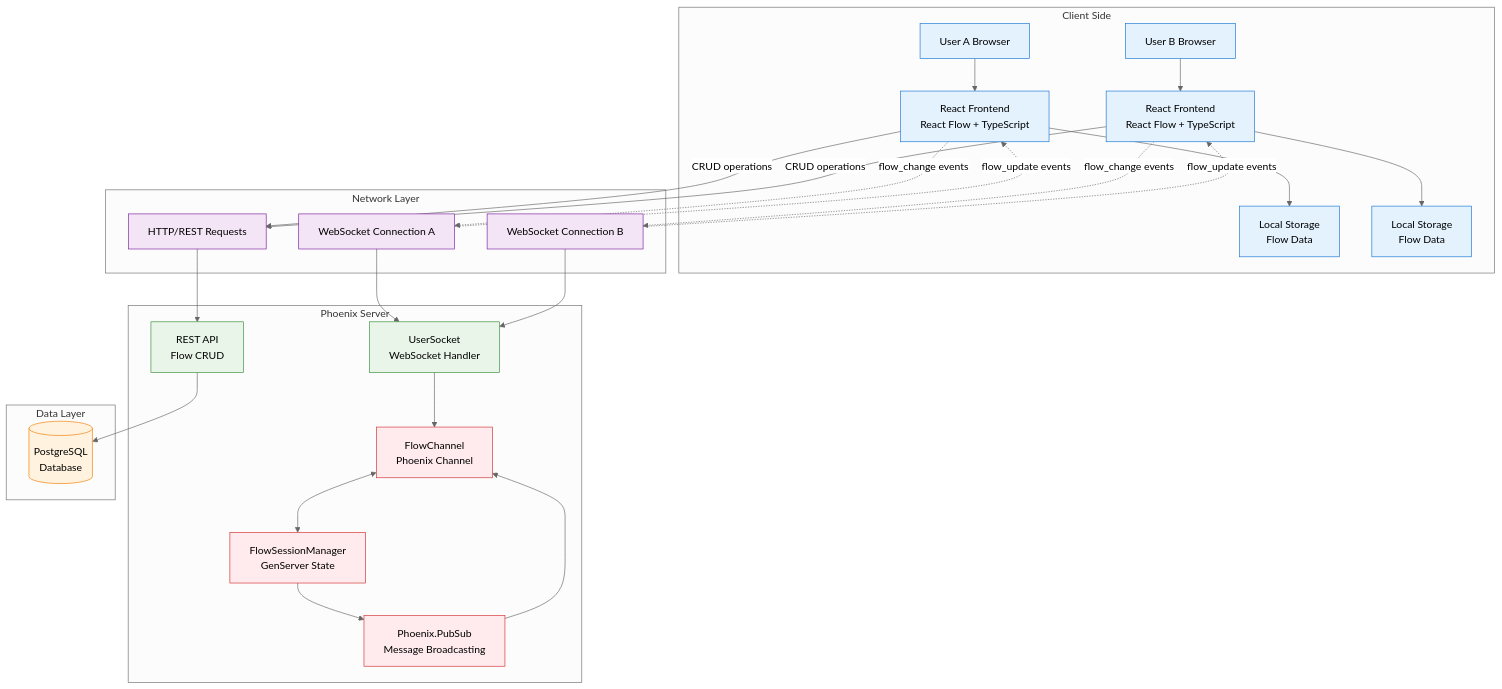
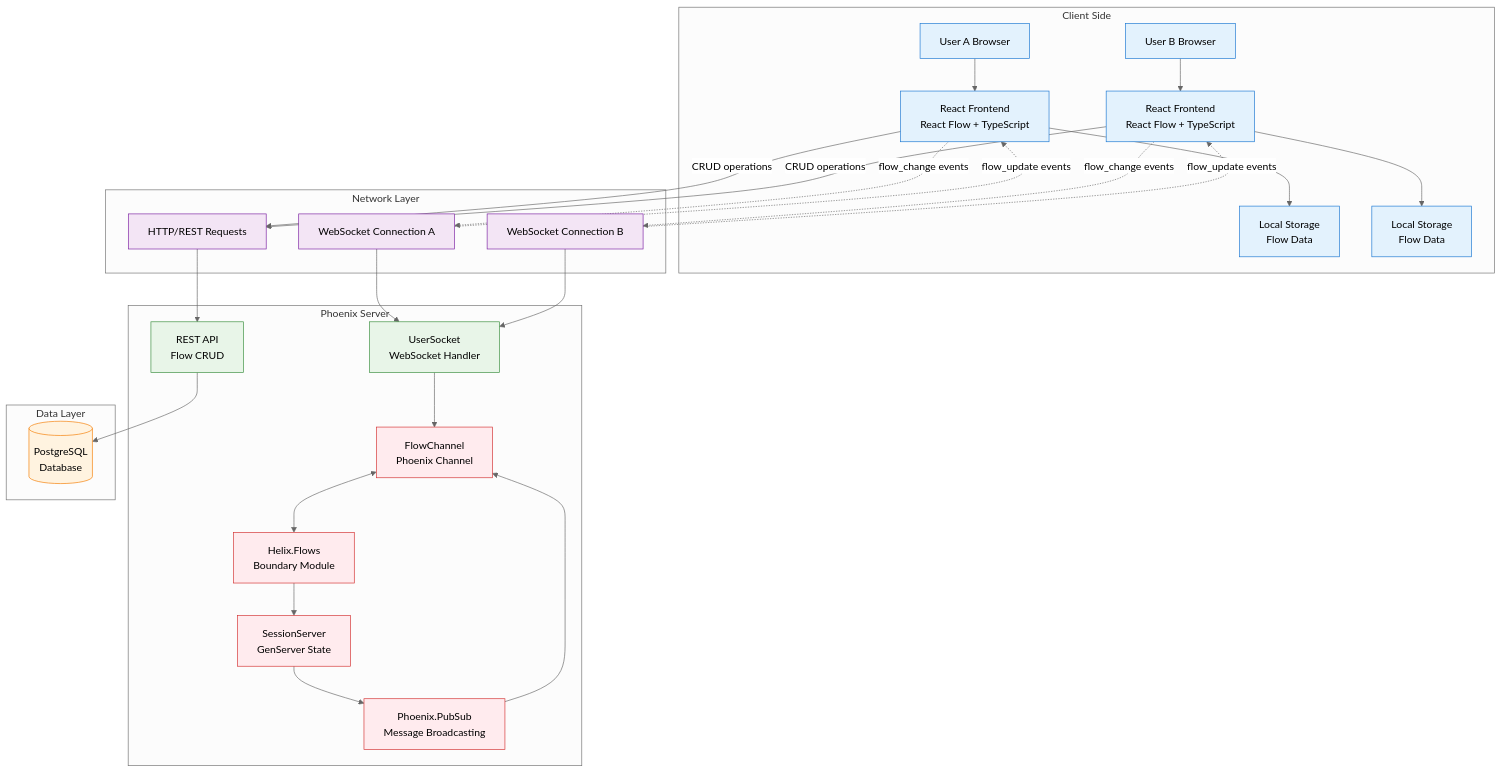
The first of 3 diagrams in docs/architecture.md (ccarvalho-eng/helix), drawn with Mermaid before and after one commit. The commit also changed other lines of this file and 15 other files, not shown here.

First line of the commit message:
refactor(flows): Redesign flow management with OTP principles

````diff
--- a/docs/architecture.md
+++ b/docs/architecture.md
@@ -7,63 +7,65 @@
 ```mermaid
 %%{init: {'theme':'neutral'}}%%
 graph TB
     subgraph "Client Side"
         UA[User A Browser]
         UB[User B Browser]
         FEA[React Frontend<br/>React Flow + TypeScript]
         FEB[React Frontend<br/>React Flow + TypeScript]
         LSA[Local Storage<br/>Flow Data]
         LSB[Local Storage<br/>Flow Data]
 
         UA --> FEA
         UB --> FEB
         FEA --> LSA
         FEB --> LSB
     end
 
     subgraph "Network Layer"
         WSA[WebSocket Connection A]
         WSB[WebSocket Connection B]
         HTTP[HTTP/REST Requests]
 
         FEA -.->|flow_change events| WSA
         FEB -.->|flow_change events| WSB
         WSA -.->|flow_update events| FEA
         WSB -.->|flow_update events| FEB
         FEA -->|CRUD operations| HTTP
         FEB -->|CRUD operations| HTTP
     end
 
     subgraph "Phoenix Server"
         US[UserSocket<br/>WebSocket Handler]
         FC[FlowChannel<br/>Phoenix Channel]
-        FSM[FlowSessionManager<br/>GenServer State]
+        FB[Helix.Flows<br/>Boundary Module]
+        SS[SessionServer<br/>GenServer State]
         PUB[Phoenix.PubSub<br/>Message Broadcasting]
         API[REST API<br/>Flow CRUD]
 
         WSA --> US
         WSB --> US
         US --> FC
-        FC <--> FSM
-        FSM --> PUB
+        FC <--> FB
+        FB --> SS
+        SS --> PUB
         PUB --> FC
         HTTP --> API
     end
 
     subgraph "Data Layer"
         PG[(PostgreSQL<br/>Database)]
         API --> PG
     end
 
     classDef client fill:#e3f2fd,stroke:#1976d2,color:#000
     classDef network fill:#f3e5f5,stroke:#7b1fa2,color:#000
     classDef server fill:#e8f5e8,stroke:#388e3c,color:#000
     classDef database fill:#fff3e0,stroke:#f57c00,color:#000
     classDef realtime fill:#ffebee,stroke:#d32f2f,color:#000
 
     class UA,UB,FEA,FEB,LSA,LSB client
     class WSA,WSB,HTTP network
     class US,API server
-    class FC,FSM,PUB realtime
+    class FC,FB,SS,PUB realtime
     class PG database
 ```
````
